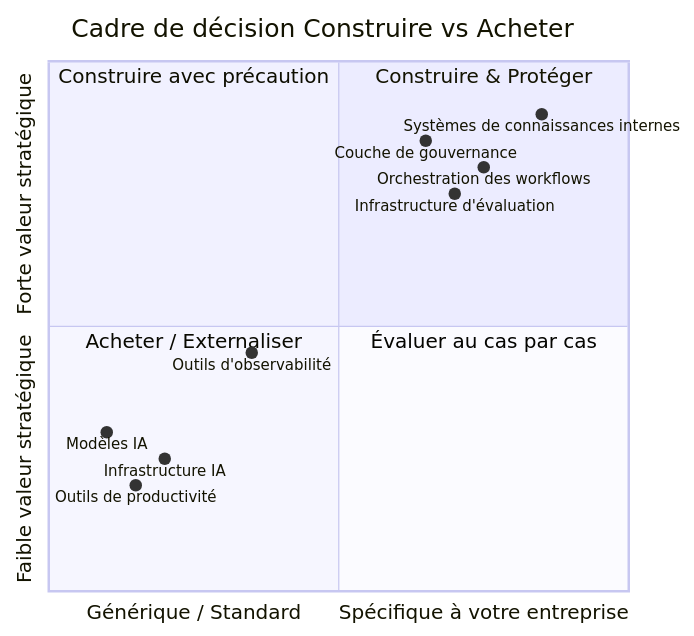
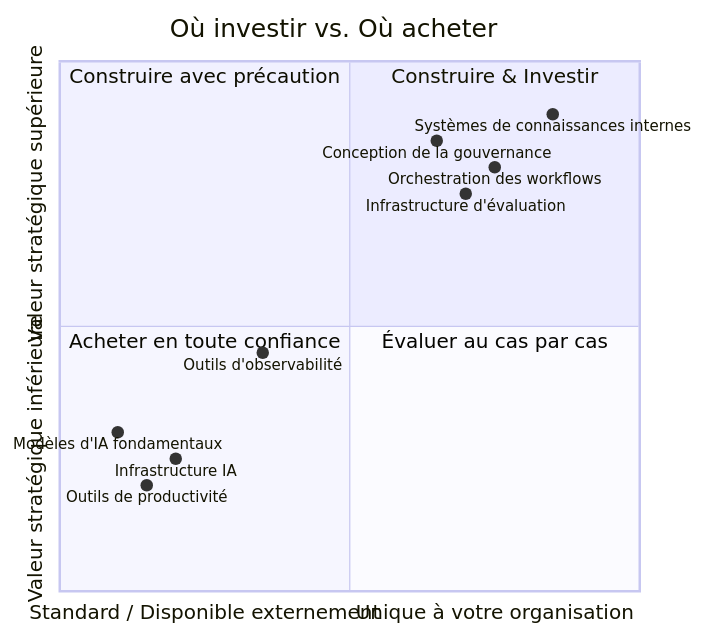
Before and after one commit to fps4/web-faridgurbanov: the third of 4 diagrams in src/content/fr/blog/it-org-ai-transformation.md, drawn with Mermaid. The commit also changed other lines of this file and 13 other files, not shown here.

````diff
--- a/src/content/fr/blog/it-org-ai-transformation.md
+++ b/src/content/fr/blog/it-org-ai-transformation.md
@@ -102,20 +100,20 @@
 ```mermaid
 quadrantChart
-    title Cadre de décision Construire vs Acheter
-    x-axis "Générique / Standard" --> "Spécifique à votre entreprise"
-    y-axis "Faible valeur stratégique" --> "Forte valeur stratégique"
+    title Où investir vs. Où acheter
+    x-axis "Standard / Disponible externement" --> "Unique à votre organisation"
+    y-axis "Valeur stratégique inférieure" --> "Valeur stratégique supérieure"
     
-    quadrant-1 Construire & Protéger
+    quadrant-1 Construire & Investir
     quadrant-2 Construire avec précaution
-    quadrant-3 Acheter / Externaliser
+    quadrant-3 Acheter en toute confiance
     quadrant-4 Évaluer au cas par cas
 
     Systèmes de connaissances internes: [0.85, 0.90]
     Orchestration des workflows: [0.75, 0.80]
     Infrastructure d'évaluation: [0.70, 0.75]
-    Couche de gouvernance: [0.65, 0.85]
-    Modèles IA: [0.10, 0.30]
+    Conception de la gouvernance: [0.65, 0.85]
+    Modèles d'IA fondamentaux: [0.10, 0.30]
     Outils de productivité: [0.15, 0.20]
     Infrastructure IA: [0.20, 0.25]
     Outils d'observabilité: [0.35, 0.45]
 ```
````
